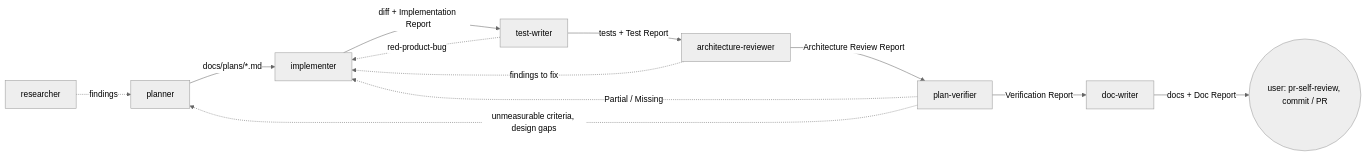
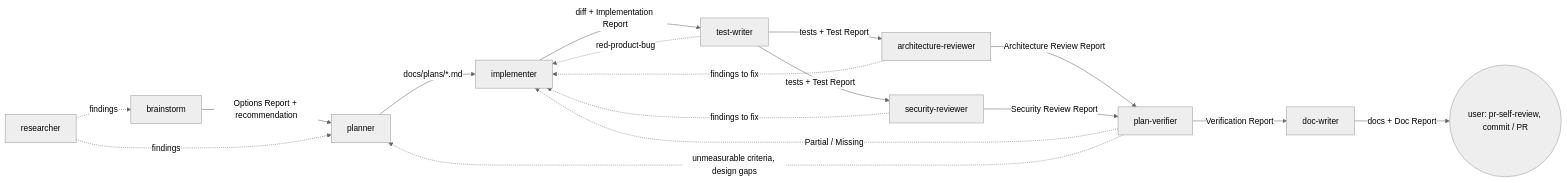
One commit to GrinIara/dev-digest changed the diagram in .claude/agents/README.md. Above: the diagram before and after it, drawn with Mermaid (neutral theme). The commit also changed other lines of this file and 7 other files, not shown here.

First line of the commit message:
feat(agents): add security-reviewer and brainstorm, make planner create-only

````diff
--- a/.claude/agents/README.md
+++ b/.claude/agents/README.md
@@ -7,14 +7,19 @@
 ```mermaid
 flowchart LR
-  R[researcher] -.->|findings| P[planner]
+  R[researcher] -.->|findings| B[brainstorm]
+  B -->|Options Report + recommendation| P[planner]
+  R -.->|findings| P
   P -->|docs/plans/*.md| I[implementer]
   I -->|diff + Implementation Report| TW[test-writer]
   TW -->|tests + Test Report| AR[architecture-reviewer]
+  TW -->|tests + Test Report| SR[security-reviewer]
   AR -->|Architecture Review Report| PV[plan-verifier]
+  SR -->|Security Review Report| PV
   PV -->|Verification Report| DW[doc-writer]
   DW -->|docs + Doc Report| U(("user: pr-self-review, commit / PR"))
   TW -.->|red-product-bug| I
   AR -.->|findings to fix| I
+  SR -.->|findings to fix| I
   PV -.->|Partial / Missing| I
   PV -.->|unmeasurable criteria, design gaps| P
 ```
````
